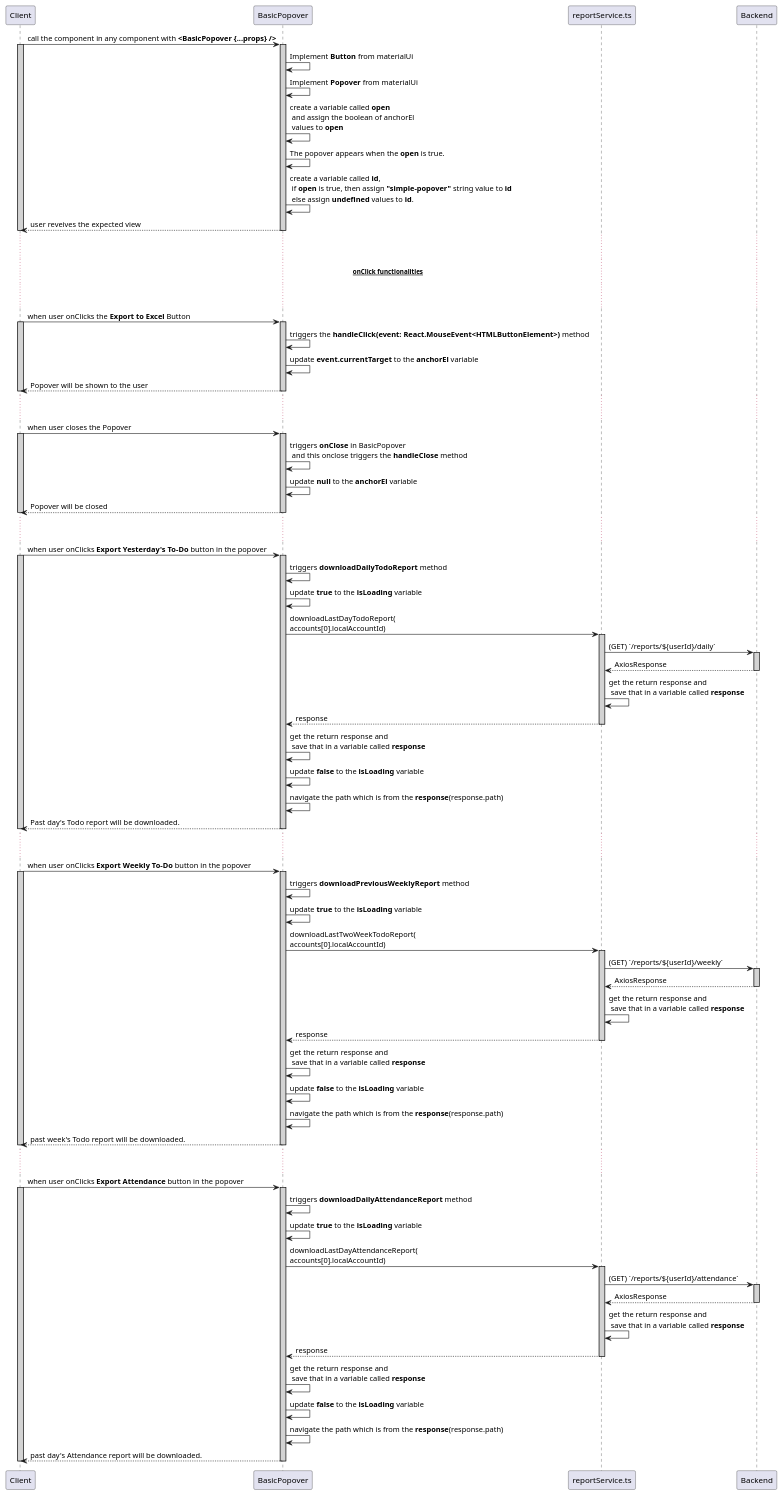
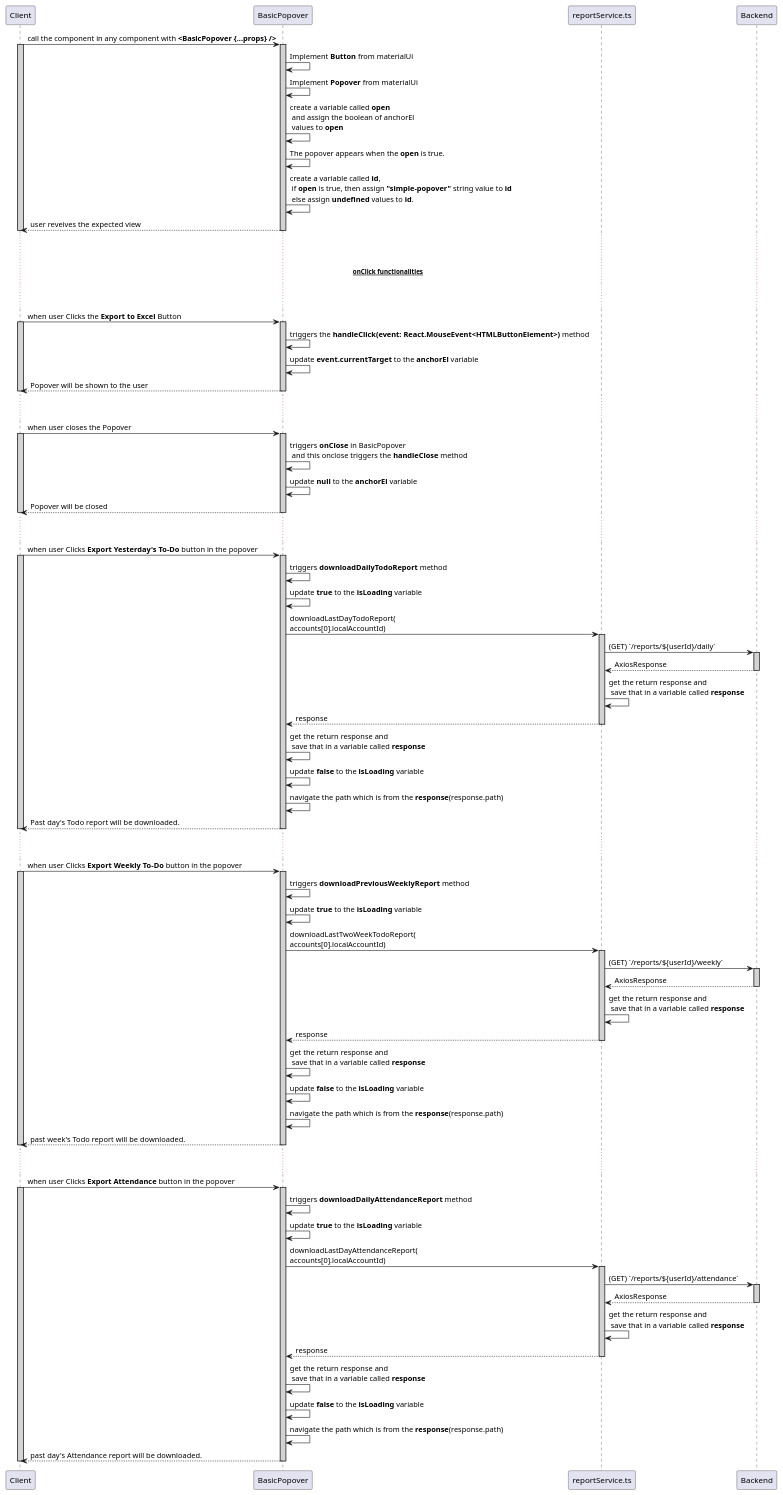
One commit to avasoft-mobility/workday-design changed the diagram in frontend/components/basic_pop_over/basic_pop_over.sequence.puml. Above: the diagram before and after it, drawn with PlantUML. The commit also changed 12 other files, not shown here.

```diff
--- a/frontend/components/basic_pop_over/basic_pop_over.sequence.puml
+++ b/frontend/components/basic_pop_over/basic_pop_over.sequence.puml
@@ -1,112 +1,112 @@
 @startuml basic pop over
 participant Client
 participant BasicPopover
 participant reportService.ts
 participant Backend
 
 Client -> BasicPopover : call the component in any component with **<BasicPopover {...props} />**
 activate Client #D3D3D3
     activate BasicPopover #D3D3D3
         BasicPopover -> BasicPopover : Implement **Button** from materialUi
         BasicPopover -> BasicPopover : Implement **Popover** from materialUi
         BasicPopover -> BasicPopover : create a variable called **open**\n and assign the boolean of anchorEl\n values to **open**
         BasicPopover -> BasicPopover : The popover appears when the **open** is true.
         BasicPopover -> BasicPopover : create a variable called **id**,\n if **open** is true, then assign **"simple-popover"** string value to **id**\n else assign **undefined** values to **id**.
         Client <-- BasicPopover : user reveives the expected view
     deactivate BasicPopover 
 deactivate Client
 
 ... ...
 ...~~**onClick functionalities**~~ ...
 ... ...
 
-Client -> BasicPopover : when user onClicks the **Export to Excel** Button
+Client -> BasicPopover : when user Clicks the **Export to Excel** Button
 activate Client #D3D3D3
     activate BasicPopover #D3D3D3
         BasicPopover -> BasicPopover : triggers the **handleClick(event: React.MouseEvent<HTMLButtonElement>)** method
         BasicPopover -> BasicPopover : update **event.currentTarget** to the **anchorEl** variable
         Client <-- BasicPopover : Popover will be shown to the user
     deactivate BasicPopover
 deactivate Client
 
 ... ...
 
 Client -> BasicPopover : when user closes the Popover
 activate Client #D3D3D3
     activate BasicPopover #D3D3D3
         BasicPopover -> BasicPopover : triggers **onClose** in BasicPopover\n and this onclose triggers the **handleClose** method
         BasicPopover -> BasicPopover :  update **null** to the **anchorEl** variable
         Client <-- BasicPopover : Popover will be closed
     deactivate BasicPopover
 deactivate Client
 
 ... ...
 
-Client -> BasicPopover : when user onClicks **Export Yesterday's To-Do** button in the popover
+Client -> BasicPopover : when user Clicks **Export Yesterday's To-Do** button in the popover
 activate Client #D3D3D3
     activate BasicPopover #D3D3D3
         BasicPopover -> BasicPopover : triggers **downloadDailyTodoReport** method
         BasicPopover -> BasicPopover : update **true** to the **isLoading** variable
         BasicPopover -> reportService.ts : downloadLastDayTodoReport(\naccounts[0].localAccountId)
         activate reportService.ts #D3D3D3
             reportService.ts -> Backend : (GET) `/reports/${userId}/daily`
             activate Backend #D3D3D3
                 reportService.ts <-- Backend :AxiosResponse
             deactivate Backend
             reportService.ts -> reportService.ts : get the return response and\n save that in a variable called **response**
             BasicPopover <-- reportService.ts : response
         deactivate reportService.ts
         BasicPopover -> BasicPopover : get the return response and\n save that in a variable called **response**
         BasicPopover -> BasicPopover : update **false** to the **isLoading** variable
         BasicPopover -> BasicPopover : navigate the path which is from the **response**(response.path)
         Client <-- BasicPopover : Past day's Todo report will be downloaded.
     deactivate BasicPopover
 deactivate Client
 
 ... ...
 
-Client -> BasicPopover : when user onClicks **Export Weekly To-Do** button in the popover
+Client -> BasicPopover : when user Clicks **Export Weekly To-Do** button in the popover
 activate Client #D3D3D3
     activate BasicPopover #D3D3D3
         BasicPopover -> BasicPopover : triggers **downloadPreviousWeeklyReport** method
         BasicPopover -> BasicPopover : update **true** to the **isLoading** variable
         BasicPopover -> reportService.ts : downloadLastTwoWeekTodoReport(\naccounts[0].localAccountId)
         activate reportService.ts #D3D3D3
             reportService.ts -> Backend : (GET) `/reports/${userId}/weekly`
             activate Backend #D3D3D3
                 reportService.ts <-- Backend :AxiosResponse
             deactivate Backend
             reportService.ts -> reportService.ts : get the return response and\n save that in a variable called **response**
             BasicPopover <-- reportService.ts : response
         deactivate reportService.ts
         BasicPopover -> BasicPopover : get the return response and\n save that in a variable called **response**
         BasicPopover -> BasicPopover : update **false** to the **isLoading** variable
         BasicPopover -> BasicPopover : navigate the path which is from the **response**(response.path)
         Client <-- BasicPopover : past week's Todo report will be downloaded.
     deactivate BasicPopover
 deactivate Client
 
 ... ...
 
-Client -> BasicPopover : when user onClicks **Export Attendance** button in the popover
+Client -> BasicPopover : when user Clicks **Export Attendance** button in the popover
 activate Client #D3D3D3
     activate BasicPopover #D3D3D3
         BasicPopover -> BasicPopover : triggers **downloadDailyAttendanceReport** method
         BasicPopover -> BasicPopover : update **true** to the **isLoading** variable
         BasicPopover -> reportService.ts : downloadLastDayAttendanceReport(\naccounts[0].localAccountId)
         activate reportService.ts #D3D3D3
             reportService.ts -> Backend : (GET) `/reports/${userId}/attendance`
             activate Backend #D3D3D3
                 reportService.ts <-- Backend :AxiosResponse
             deactivate Backend
             reportService.ts -> reportService.ts : get the return response and\n save that in a variable called **response**
             BasicPopover <-- reportService.ts : response
         deactivate reportService.ts
         BasicPopover -> BasicPopover : get the return response and\n save that in a variable called **response**
         BasicPopover -> BasicPopover : update **false** to the **isLoading** variable
         BasicPopover -> BasicPopover : navigate the path which is from the **response**(response.path)
         Client <-- BasicPopover : past day's Attendance report will be downloaded.
     deactivate BasicPopover
 deactivate Client
 
 @enduml
```
